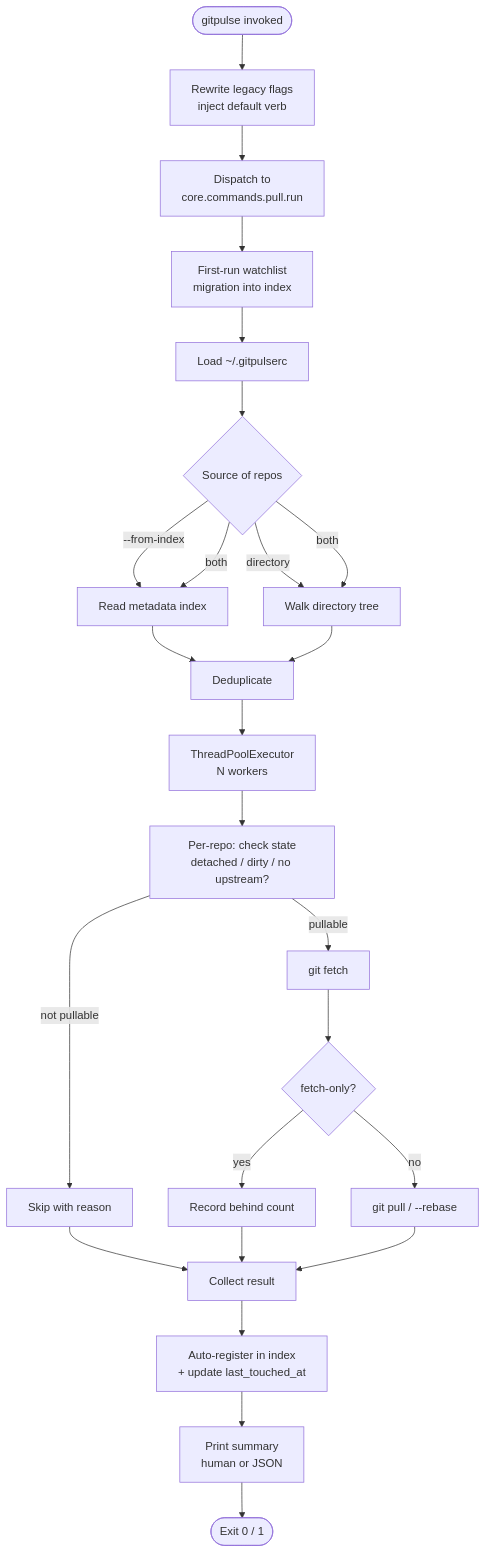
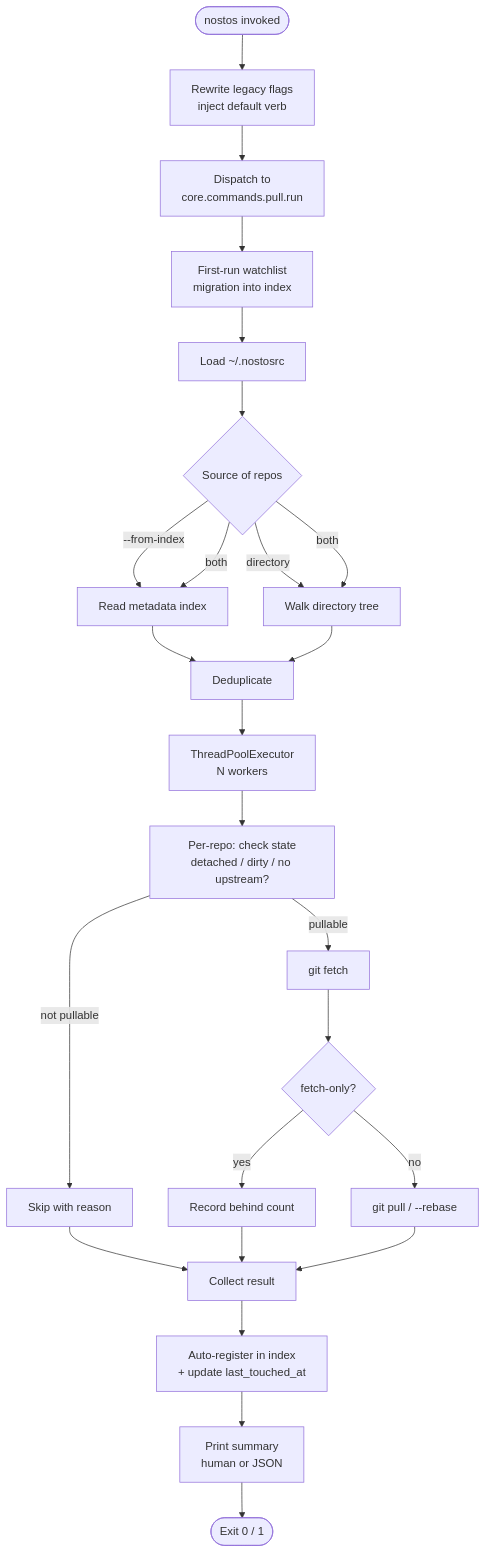
One commit to prodrom3/gitpulse changed the fifth of 6 diagrams in README.md. Above: the diagram before and after it, drawn with Mermaid. The commit also changed other lines of this file and 63 other files, not shown here.

First line of the commit message:
Rename gitpulse -> nostos (v1.0.0)

````diff
--- a/README.md
+++ b/README.md
@@ -1063,27 +1063,27 @@
 ```mermaid
 flowchart TD
-    start([gitpulse invoked]) --> rewrite[Rewrite legacy flags<br/>inject default verb]
+    start([nostos invoked]) --> rewrite[Rewrite legacy flags<br/>inject default verb]
     rewrite --> disp[Dispatch to<br/>core.commands.pull.run]
     disp --> mig[First-run watchlist<br/>migration into index]
-    mig --> rc[Load ~/.gitpulserc]
+    mig --> rc[Load ~/.nostosrc]
     rc --> src{Source of repos}
     src -->|--from-index| idx[Read metadata index]
     src -->|directory| scan[Walk directory tree]
     src -->|both| idx
     src -->|both| scan
     idx --> dedup[Deduplicate]
     scan --> dedup
     dedup --> pool[ThreadPoolExecutor<br/>N workers]
     pool --> state[Per-repo: check state<br/>detached / dirty / no upstream?]
     state -->|not pullable| skip[Skip with reason]
     state -->|pullable| fetch[git fetch]
     fetch --> mode{fetch-only?}
     mode -->|yes| report[Record behind count]
     mode -->|no| pull[git pull / --rebase]
     skip --> collect[Collect result]
     report --> collect
     pull --> collect
     collect --> register[Auto-register in index<br/>+ update last_touched_at]
     register --> summary[Print summary<br/>human or JSON]
     summary --> done([Exit 0 / 1])
 ```
````
